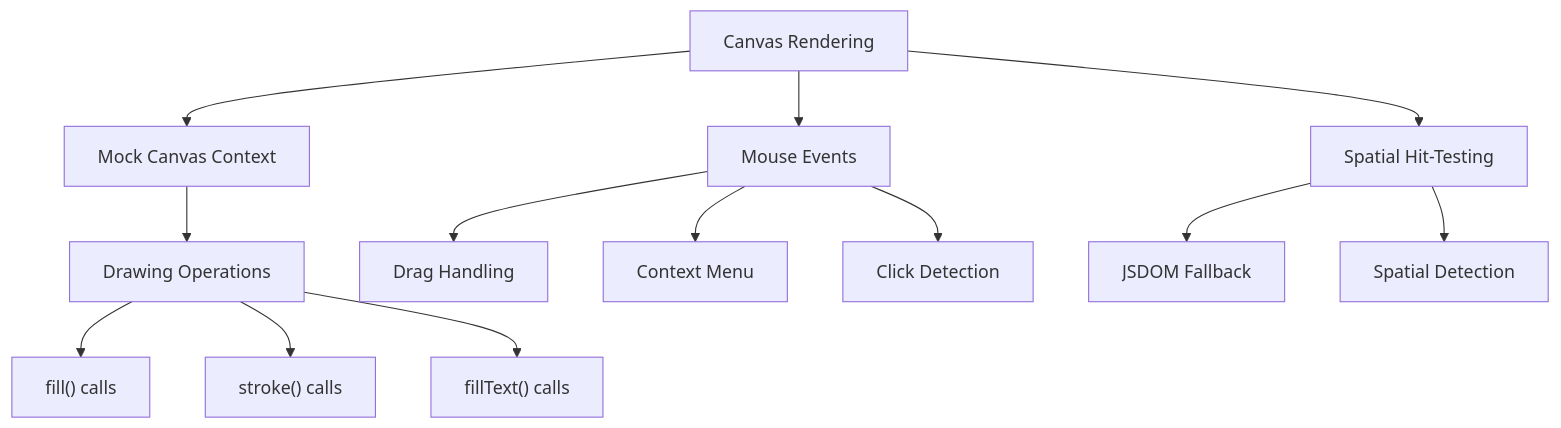
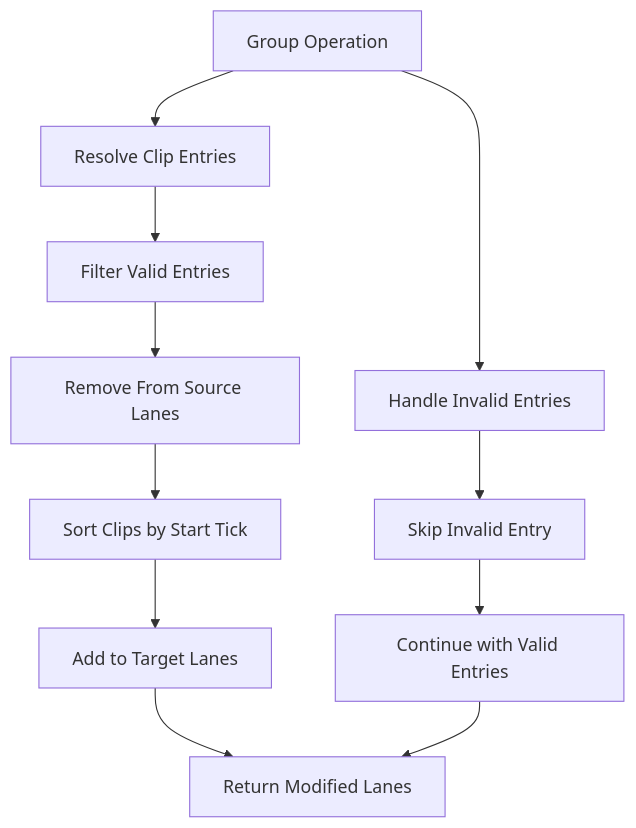
The ninth of 10 diagrams in .qoder/repowiki/en/content/Testing Strategy.md (satyrlord/mixjam-electron), drawn with Mermaid before and after one commit. The commit also changed other lines of this file and 5 other files, not shown here.

Commit message:
docs: update wiki to reflect multi-clip selection, group operations, and dev guideline changes

````diff
--- a/.qoder/repowiki/en/content/Testing Strategy.md
+++ b/.qoder/repowiki/en/content/Testing Strategy.md
@@ -632,15 +588,13 @@
 ```mermaid
 flowchart TD
-Canvas["Canvas Rendering"] --> MockCtx["Mock Canvas Context"]
-MockCtx --> DrawOps["Drawing Operations"]
-DrawOps --> Fill["fill() calls"]
-DrawOps --> Stroke["stroke() calls"]
-DrawOps --> Text["fillText() calls"]
-Canvas --> Events["Mouse Events"]
-Events --> Drag["Drag Handling"]
-Events --> Context["Context Menu"]
-Events --> Click["Click Detection"]
-Canvas --> HitTest["Spatial Hit-Testing"]
-HitTest --> Fallback["JSDOM Fallback"]
-HitTest --> Spatial["Spatial Detection"]
+GroupOp["Group Operation"] --> Resolve["Resolve Clip Entries"]
+Resolve --> Filter["Filter Valid Entries"]
+Filter --> RemoveSrc["Remove From Source Lanes"]
+RemoveSrc --> Sort["Sort Clips by Start Tick"]
+Sort --> AddTarget["Add to Target Lanes"]
+AddTarget --> Return["Return Modified Lanes"]
+GroupOp --> Error["Handle Invalid Entries"]
+Error --> Skip["Skip Invalid Entry"]
+Skip --> Continue["Continue with Valid Entries"]
+Continue --> Return
 ```
````
